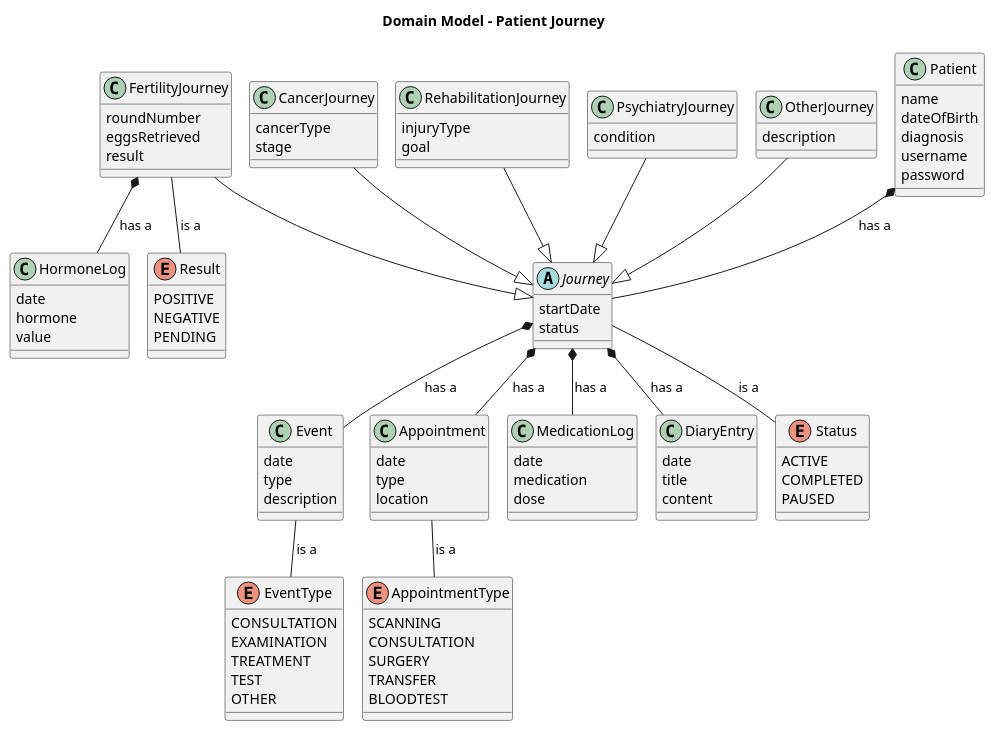
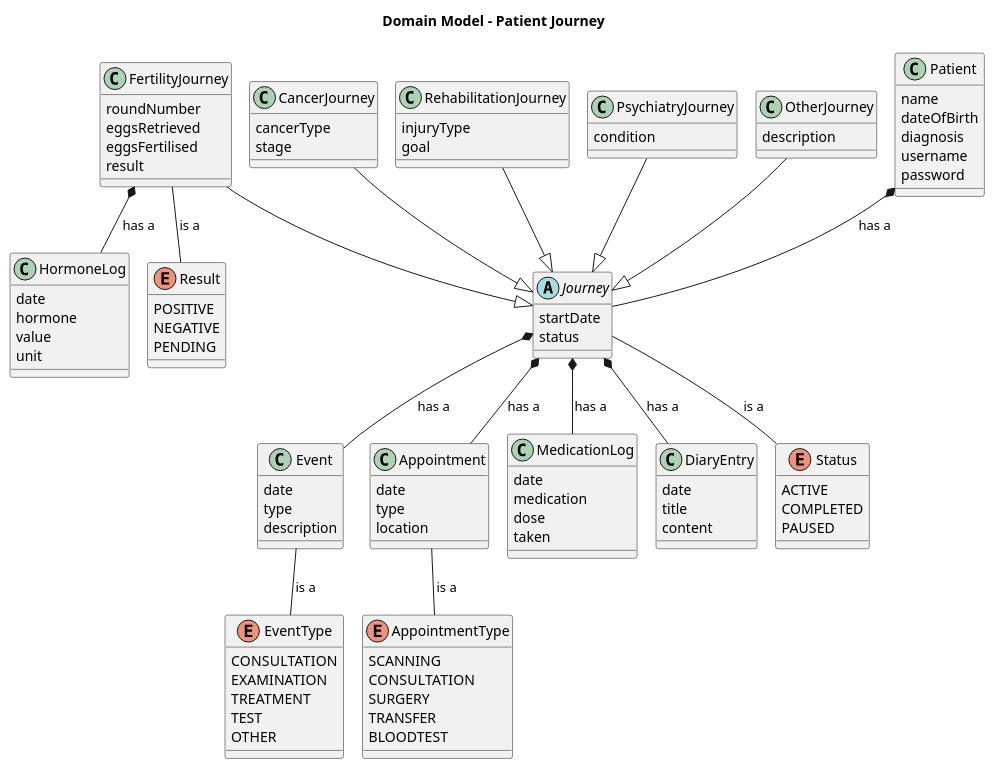
The diagram in doc/static/Domænemodel1.puml (BesimaP/SP4---MiniSP), drawn with PlantUML before and after one commit. The commit also changed 5 other files, not shown here.

Commit message:
opdateret usecases, domænemodel og Klassediagram3.puml

```diff
--- a/doc/static/Domænemodel1.puml
+++ b/doc/static/Domænemodel1.puml
@@ -1,122 +1,125 @@
 @startuml
 !pragma layout smetana
 
 title Domain Model - Patient Journey
 
 class Event {
   date
   type
   description
 }
 
 class Appointment {
   date
   type
   location
 }
 
 class MedicationLog {
   date
   medication
   dose
+  taken
 }
 
 class DiaryEntry {
   date
   title
   content
 }
 
 class HormoneLog {
   date
   hormone
   value
+  unit
 }
 
 abstract class Journey {
   startDate
   status
 }
 
 class Patient {
   name
   dateOfBirth
   diagnosis
   username
   password
 }
 
 class FertilityJourney {
   roundNumber
   eggsRetrieved
+  eggsFertilised
   result
 }
 
 class CancerJourney {
   cancerType
   stage
 }
 
 class RehabilitationJourney {
   injuryType
   goal
 }
 
 class PsychiatryJourney {
   condition
 }
 
 class OtherJourney {
   description
 }
 
 enum Status {
   ACTIVE
   COMPLETED
   PAUSED
 }
 
 enum Result {
   POSITIVE
   NEGATIVE
   PENDING
 }
 
 enum EventType {
   CONSULTATION
   EXAMINATION
   TREATMENT
   TEST
   OTHER
 }
 
 enum AppointmentType {
   SCANNING
   CONSULTATION
   SURGERY
   TRANSFER
   BLOODTEST
 }
 
 ' Inheritance
 FertilityJourney --|> Journey
 CancerJourney --|> Journey
 RehabilitationJourney --|> Journey
 PsychiatryJourney --|> Journey
 OtherJourney --|> Journey
 
 ' Has a
 Patient *-- Journey : has a
 Journey *-- Event : has a
 Journey *-- Appointment : has a
 Journey *-- MedicationLog : has a
 Journey *-- DiaryEntry : has a
 FertilityJourney *-- HormoneLog : has a
 
 ' Is a
 Journey -- Status : is a
 FertilityJourney -- Result : is a
 Event -- EventType : is a
 Appointment -- AppointmentType : is a
 
 @enduml
```
